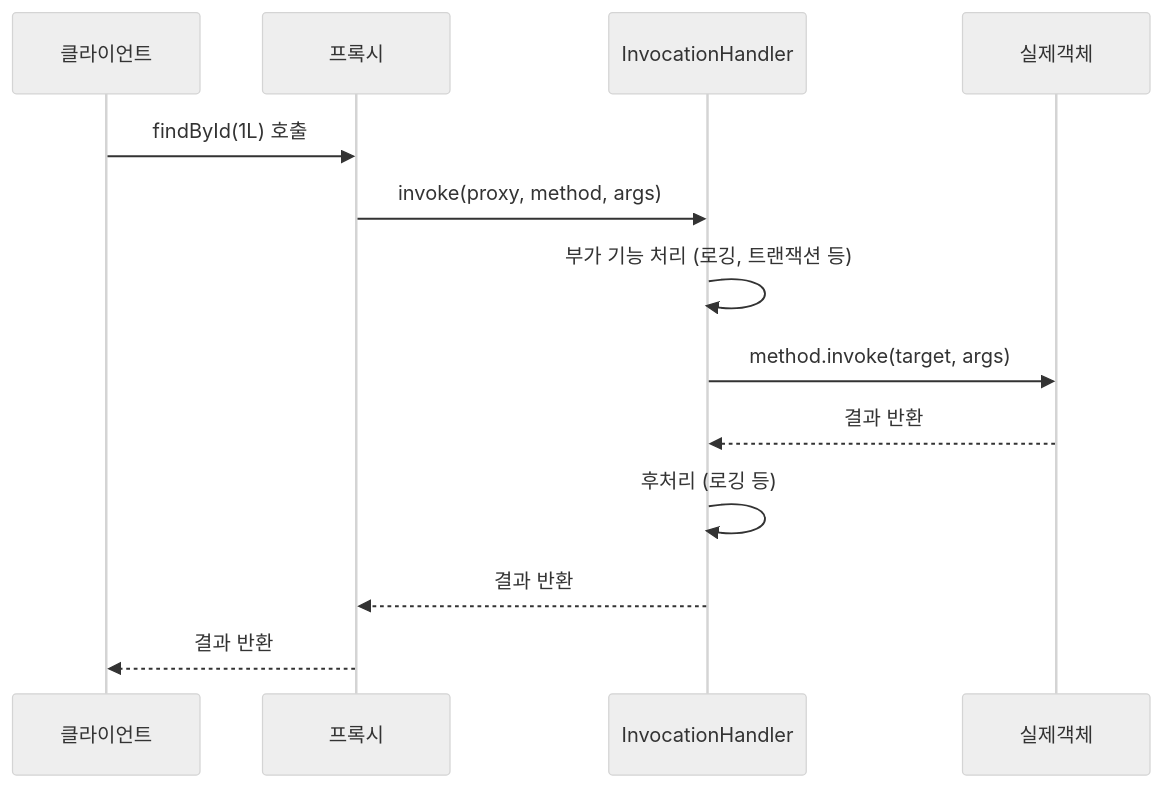
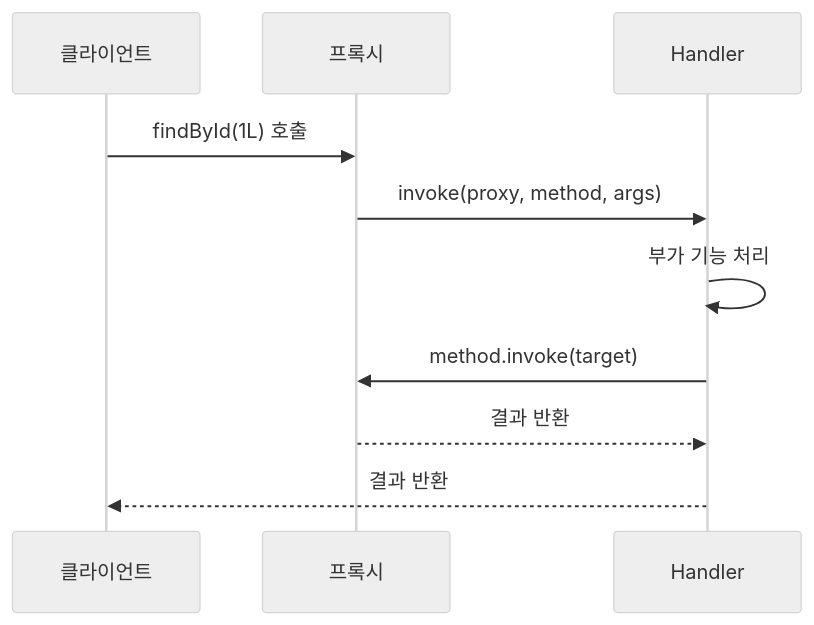
One commit to yjkim2015/yjkim2015.github.io changed the third of 4 diagrams in _posts/java/2026-05-01-java-reflection.md. Above: the diagram before and after it, drawn with Mermaid (neutral theme). The commit also changed 155 other files, not shown here.

First line of the commit message:
Mermaid 전면 수정: subgraph 제거, participant/노드/줄수 축소 (342블록)

````diff
--- a/_posts/java/2026-05-01-java-reflection.md
+++ b/_posts/java/2026-05-01-java-reflection.md
@@ -753,15 +753,12 @@
 ```mermaid
 sequenceDiagram
-    participant 클라이언트
-    participant 프록시
-    participant InvocationHandler
-    participant 실제객체
-    클라이언트->>프록시: findById(1L) 호출
-    프록시->>InvocationHandler: invoke(proxy, method, args)
-    InvocationHandler->>InvocationHandler: 부가 기능 처리 (로깅, 트랜잭션 등)
-    InvocationHandler->>실제객체: method.invoke(target, args)
-    실제객체-->>InvocationHandler: 결과 반환
-    InvocationHandler->>InvocationHandler: 후처리 (로깅 등)
-    InvocationHandler-->>프록시: 결과 반환
-    프록시-->>클라이언트: 결과 반환
+    participant C as 클라이언트
+    participant P as 프록시
+    participant H as Handler
+    C->>P: findById(1L) 호출
+    P->>H: invoke(proxy, method, args)
+    H->>H: 부가 기능 처리
+    H->>P: method.invoke(target)
+    P-->>H: 결과 반환
+    H-->>C: 결과 반환
 ```
````
